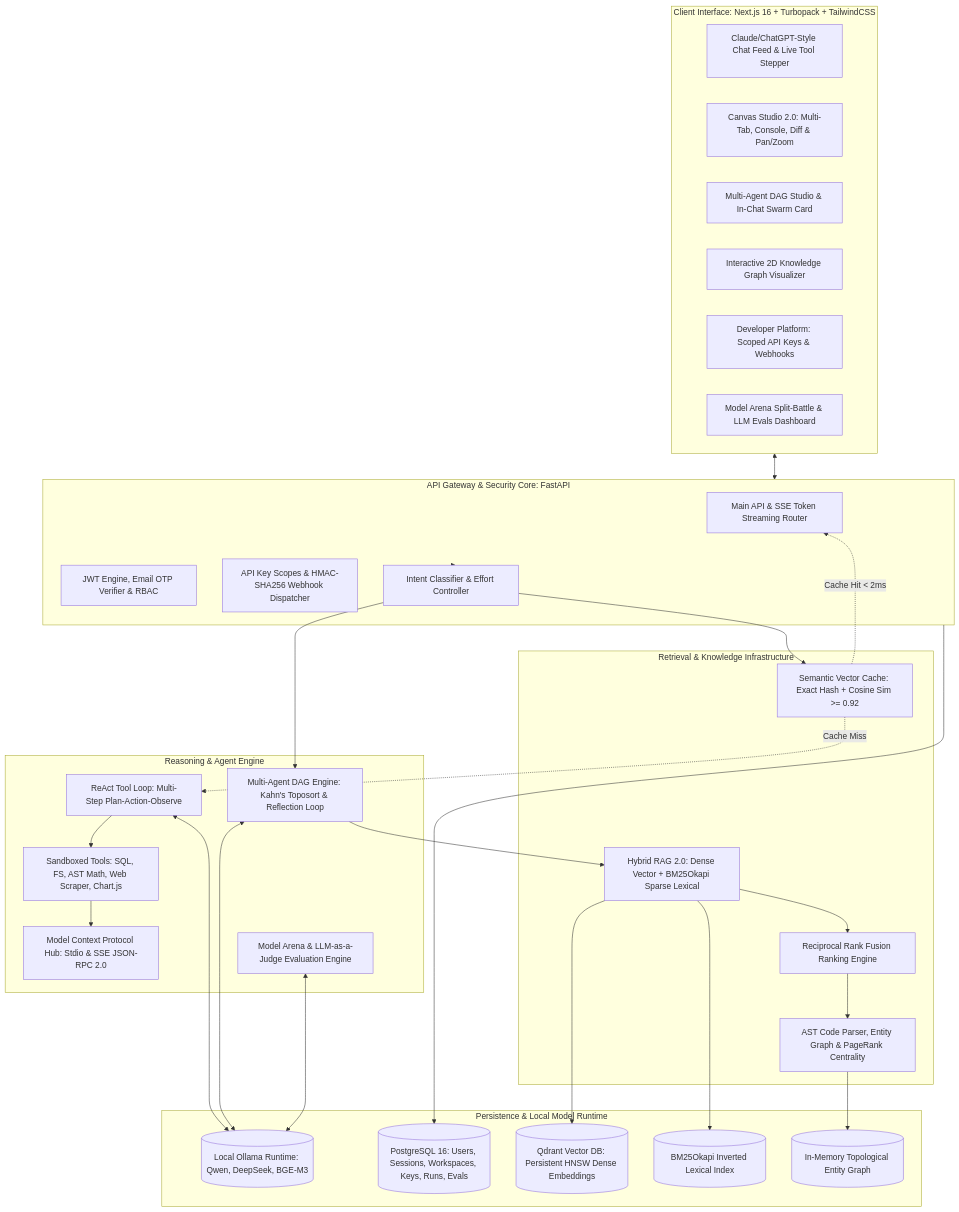
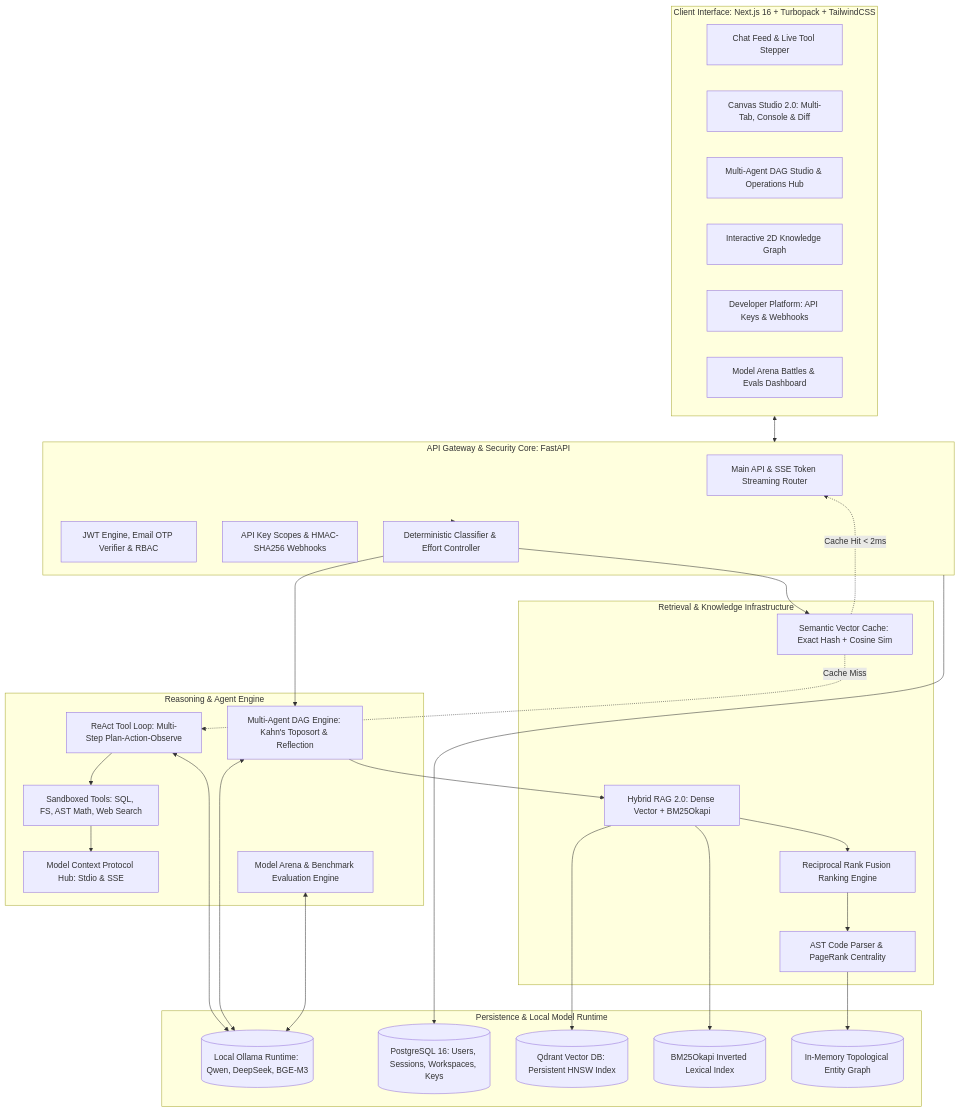
Before and after one commit to Bhagya-178/ai-orchestrator: the diagram in README.md, drawn with Mermaid. The commit also changed other lines of this file and 19 other files, not shown here.

````diff
--- a/README.md
+++ b/README.md
@@ -54,60 +113,60 @@
 ```mermaid
 graph TB
-    subgraph ClientLayer [Client Interface: Next.js 16 + Turbopack + TailwindCSS]
-        ChatUI[Claude/ChatGPT-Style Chat Feed & Live Tool Stepper]
-        CanvasStudio[Canvas Studio 2.0: Multi-Tab, Console, Diff & Pan/Zoom]
-        AgentStudio[Multi-Agent DAG Studio & In-Chat Swarm Card]
-        GraphVisualizer[Interactive 2D Knowledge Graph Visualizer]
-        DevPortal[Developer Platform: Scoped API Keys & Webhooks]
-        ArenaUI[Model Arena Split-Battle & LLM Evals Dashboard]
+    subgraph ClientLayer ["Client Interface: Next.js 16 + Turbopack + TailwindCSS"]
+        ChatUI["Chat Feed & Live Tool Stepper"]
+        CanvasStudio["Canvas Studio 2.0: Multi-Tab, Console & Diff"]
+        AgentStudio["Multi-Agent DAG Studio & Operations Hub"]
+        GraphVisualizer["Interactive 2D Knowledge Graph"]
+        DevPortal["Developer Platform: API Keys & Webhooks"]
+        ArenaUI["Model Arena Battles & Evals Dashboard"]
     end
 
-    subgraph GatewayLayer [API Gateway & Security Core: FastAPI]
-        Router[Main API & SSE Token Streaming Router]
-        AuthEngine[JWT Engine, Email OTP Verifier & RBAC]
-        DevAuth[API Key Scopes & HMAC-SHA256 Webhook Dispatcher]
-        Classifier[Intent Classifier & Effort Controller]
+    subgraph GatewayLayer ["API Gateway & Security Core: FastAPI"]
+        Router["Main API & SSE Token Streaming Router"]
+        AuthEngine["JWT Engine, Email OTP Verifier & RBAC"]
+        DevAuth["API Key Scopes & HMAC-SHA256 Webhooks"]
+        Classifier["Deterministic Classifier & Effort Controller"]
     end
 
-    subgraph ExecutionLayer [Reasoning & Agent Engine]
-        AgentDAG[Multi-Agent DAG Engine: Kahn's Toposort & Reflection Loop]
-        ReActLoop[ReAct Tool Loop: Multi-Step Plan-Action-Observe]
-        ToolEcosystem[Sandboxed Tools: SQL, FS, AST Math, Web Scraper, Chart.js]
-        MCPHub[Model Context Protocol Hub: Stdio & SSE JSON-RPC 2.0]
-        ArenaEngine[Model Arena & LLM-as-a-Judge Evaluation Engine]
+    subgraph ExecutionLayer ["Reasoning & Agent Engine"]
+        AgentDAG["Multi-Agent DAG Engine: Kahn's Toposort & Reflection"]
+        ReActLoop["ReAct Tool Loop: Multi-Step Plan-Action-Observe"]
+        ToolEcosystem["Sandboxed Tools: SQL, FS, AST Math, Web Search"]
+        MCPHub["Model Context Protocol Hub: Stdio & SSE"]
+        ArenaEngine["Model Arena & Benchmark Evaluation Engine"]
     end
 
-    subgraph IntelligenceLayer [Retrieval & Knowledge Infrastructure]
-        SemanticCache[Semantic Vector Cache: Exact Hash + Cosine Sim >= 0.92]
-        HybridRAG[Hybrid RAG 2.0: Dense Vector + BM25Okapi Sparse Lexical]
-        RRF[Reciprocal Rank Fusion Ranking Engine]
-        CodeGraph[AST Code Parser, Entity Graph & PageRank Centrality]
+    subgraph IntelligenceLayer ["Retrieval & Knowledge Infrastructure"]
+        SemanticCache["Semantic Vector Cache: Exact Hash + Cosine Sim"]
+        HybridRAG["Hybrid RAG 2.0: Dense Vector + BM25Okapi"]
+        RRF["Reciprocal Rank Fusion Ranking Engine"]
+        CodeGraph["AST Code Parser & PageRank Centrality"]
     end
 
-    subgraph StorageLayer [Persistence & Local Model Runtime]
-        OllamaLocal[(Local Ollama Runtime: Qwen, DeepSeek, BGE-M3)]
-        PostgreSQL[(PostgreSQL 16: Users, Sessions, Workspaces, Keys, Runs, Evals)]
-        QdrantDB[(Qdrant Vector DB: Persistent HNSW Dense Embeddings)]
-        SparseIndex[(BM25Okapi Inverted Lexical Index)]
-        InMemoryGraph[(In-Memory Topological Entity Graph)]
+    subgraph StorageLayer ["Persistence & Local Model Runtime"]
+        OllamaLocal[("Local Ollama Runtime: Qwen, DeepSeek, BGE-M3")]
+        PostgreSQL[("PostgreSQL 16: Users, Sessions, Workspaces, Keys")]
+        QdrantDB[("Qdrant Vector DB: Persistent HNSW Index")]
+        SparseIndex[("BM25Okapi Inverted Lexical Index")]
+        InMemoryGraph[("In-Memory Topological Entity Graph")]
     end
 
     ClientLayer <--> GatewayLayer
     GatewayLayer --> Classifier
     Classifier --> SemanticCache
-    SemanticCache -.->|Cache Hit < 2ms| Router
-    SemanticCache -.->|Cache Miss| ReActLoop
+    SemanticCache -.->|"Cache Hit < 2ms"| Router
+    SemanticCache -.->|"Cache Miss"| ReActLoop
     Classifier --> AgentDAG
     ReActLoop --> ToolEcosystem
     ToolEcosystem --> MCPHub
     ReActLoop <--> OllamaLocal
     AgentDAG <--> OllamaLocal
     AgentDAG --> HybridRAG
     HybridRAG --> QdrantDB
     HybridRAG --> SparseIndex
     HybridRAG --> RRF
     RRF --> CodeGraph
     CodeGraph --> InMemoryGraph
     GatewayLayer --> PostgreSQL
     ArenaEngine <--> OllamaLocal
 ```
````
